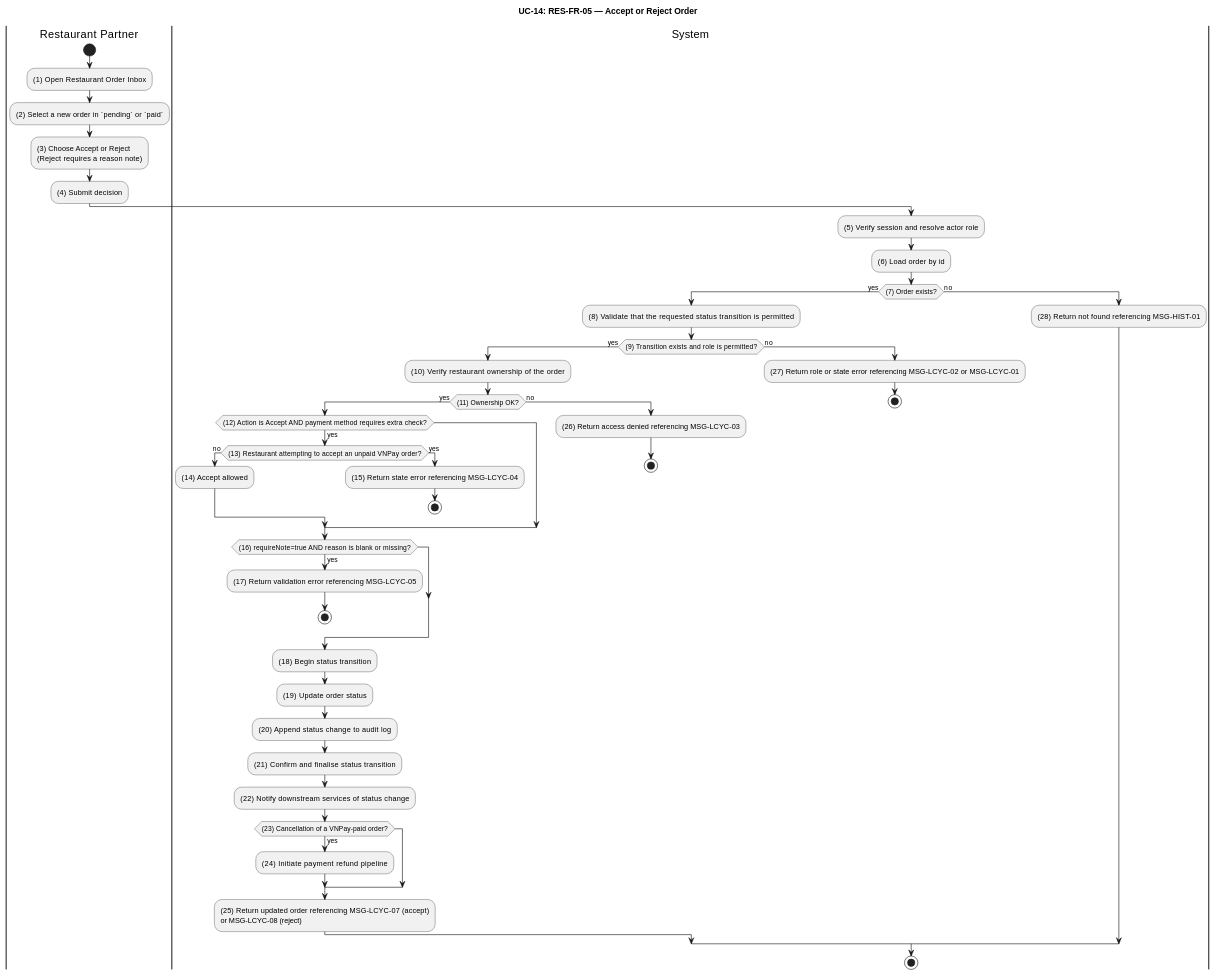
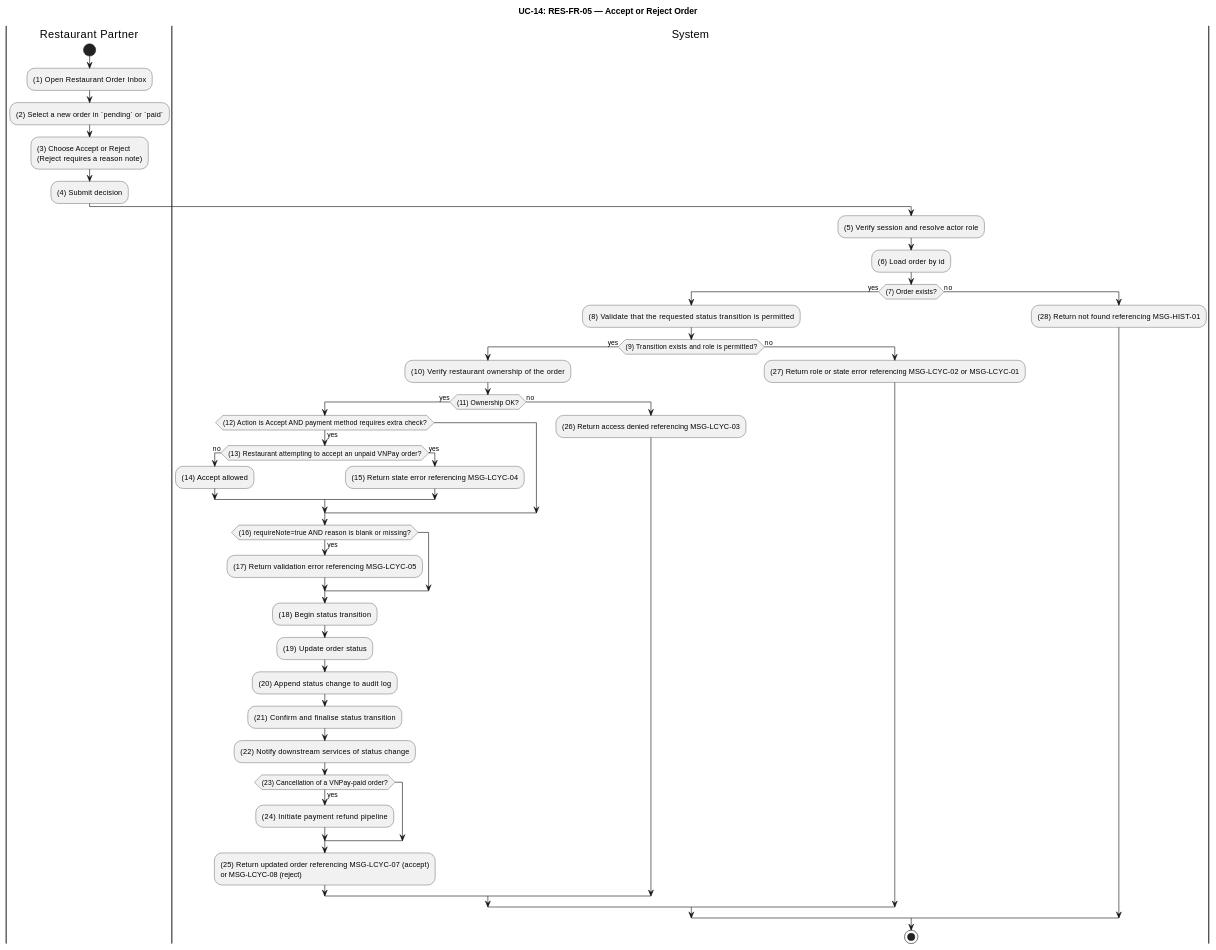
One commit to luubinhdeptrai/Food_Delivery changed diagram 14 of 35 in apps/api/docs/Final_Documents/SRS_FoodDelivery.md. Above: the diagram before and after it, drawn with PlantUML. The commit also changed other lines of this file, not shown here.

````diff
--- a/apps/api/docs/Final_Documents/SRS_FoodDelivery.md
+++ b/apps/api/docs/Final_Documents/SRS_FoodDelivery.md
@@ -1119,55 +1114,51 @@
 ```plantuml
 @startuml UC14-AcceptOrRejectOrder
 title UC-14: RES-FR-05 — Accept or Reject Order
 skinparam ConditionEndStyle hline
 
 |Restaurant Partner|
 start
 :(1) Open Restaurant Order Inbox;
 :(2) Select a new order in `pending` or `paid`;
 :(3) Choose Accept or Reject\n(Reject requires a reason note);
 :(4) Submit decision;
 
 |System|
 :(5) Verify session and resolve actor role;
 :(6) Load order by id;
 if ((7) Order exists?) then (yes)
   :(8) Validate that the requested status transition is permitted;
   if ((9) Transition exists and role is permitted?) then (yes)
     :(10) Verify restaurant ownership of the order;
     if ((11) Ownership OK?) then (yes)
       if ((12) Action is Accept AND payment method requires extra check?) then (yes)
         if ((13) Restaurant attempting to accept an unpaid VNPay order?) then (no)
           :(14) Accept allowed;
         else (yes)
           :(15) Return state error referencing MSG-LCYC-04;
-          stop
-        endif
+endif
       endif
       if ((16) requireNote=true AND reason is blank or missing?) then (yes)
         :(17) Return validation error referencing MSG-LCYC-05;
-        stop
-      endif
+endif
       :(18) Begin status transition;
       :(19) Update order status;
       :(20) Append status change to audit log;
       :(21) Confirm and finalise status transition;
       :(22) Notify downstream services of status change;
       if ((23) Cancellation of a VNPay-paid order?) then (yes)
         :(24) Initiate payment refund pipeline;
       endif
       :(25) Return updated order referencing MSG-LCYC-07 (accept)\nor MSG-LCYC-08 (reject);
     else (no)
       :(26) Return access denied referencing MSG-LCYC-03;
-      stop
-    endif
+endif
   else (no)
     :(27) Return role or state error referencing MSG-LCYC-02 or MSG-LCYC-01;
-    stop
-  endif
+endif
 else (no)
   :(28) Return not found referencing MSG-HIST-01;
 endif
 stop
 @enduml
 ```
````
